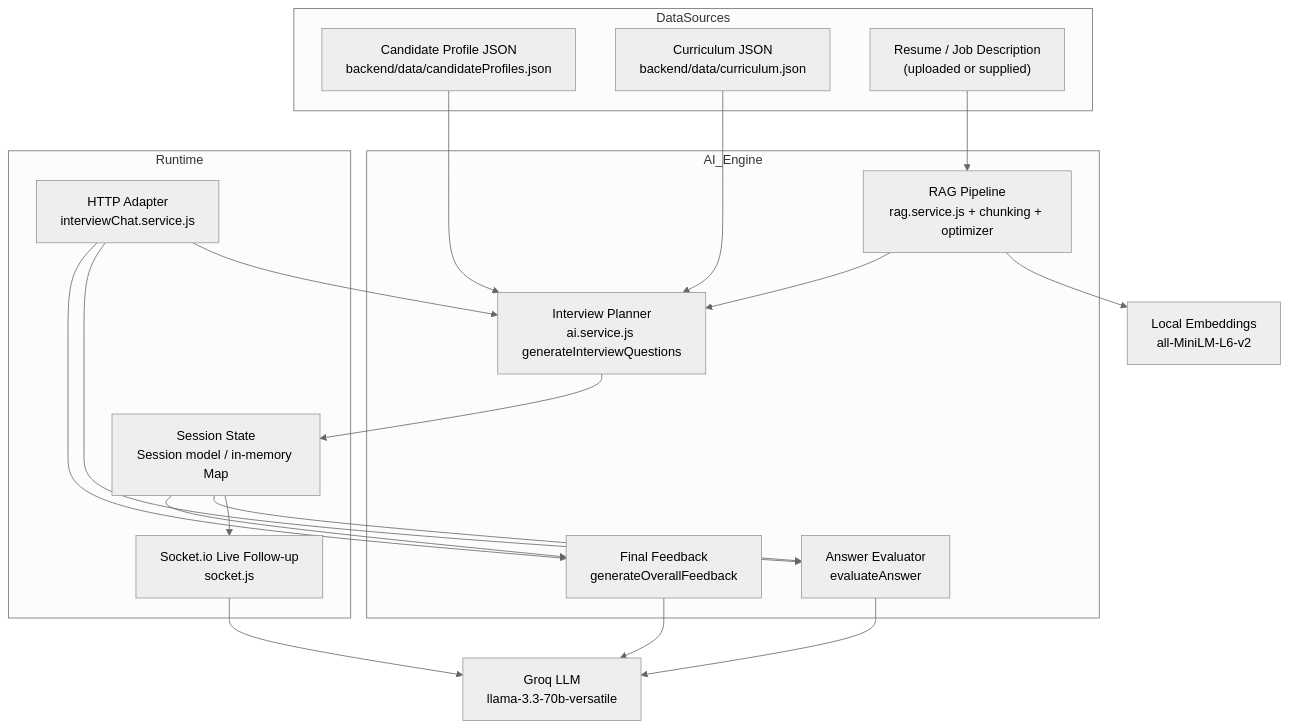
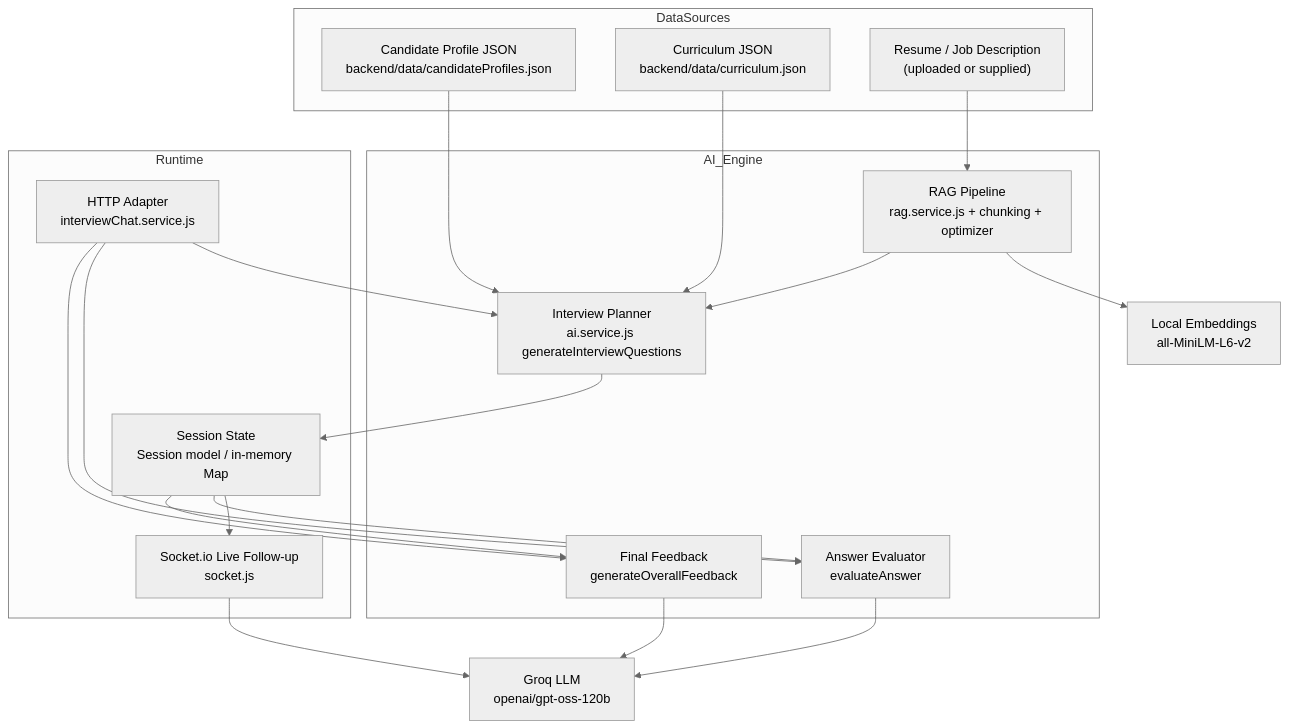
Before and after one commit to satyammaurya999/ai-interviewer: the first of 8 diagrams in document.md, drawn with Mermaid (neutral theme). The commit also changed other lines of this file and 9 other files, not shown here.

````diff
--- a/document.md
+++ b/document.md
@@ -51,40 +51,40 @@
 ```mermaid
 flowchart TB
     subgraph DataSources
         CP["Candidate Profile JSON<br/>backend/data/candidateProfiles.json"]
         CURR["Curriculum JSON<br/>backend/data/curriculum.json"]
         RJ["Resume / Job Description<br/>(uploaded or supplied)"]
     end
 
     subgraph AI_Engine
         RAG["RAG Pipeline<br/>rag.service.js + chunking + optimizer"]
         PLAN["Interview Planner<br/>ai.service.js generateInterviewQuestions"]
         EVAL["Answer Evaluator<br/>evaluateAnswer"]
         FEED["Final Feedback<br/>generateOverallFeedback"]
     end
 
     subgraph Runtime
         SESS["Session State<br/>Session model / in-memory Map"]
         SOCK["Socket.io Live Follow-up<br/>socket.js"]
         ADAPT["HTTP Adapter<br/>interviewChat.service.js"]
     end
 
-    LLM["Groq LLM<br/>llama-3.3-70b-versatile"]
+    LLM["Groq LLM<br/>openai/gpt-oss-120b"]
     EMB["Local Embeddings<br/>all-MiniLM-L6-v2"]
 
     CP --> PLAN
     CURR --> PLAN
     RJ --> RAG
     RAG --> EMB
     RAG --> PLAN
     PLAN --> SESS
     SESS --> SOCK
     SOCK --> LLM
     SESS --> EVAL
     EVAL --> LLM
     SESS --> FEED
     FEED --> LLM
     ADAPT --> PLAN
     ADAPT --> EVAL
     ADAPT --> FEED
 ```
````
